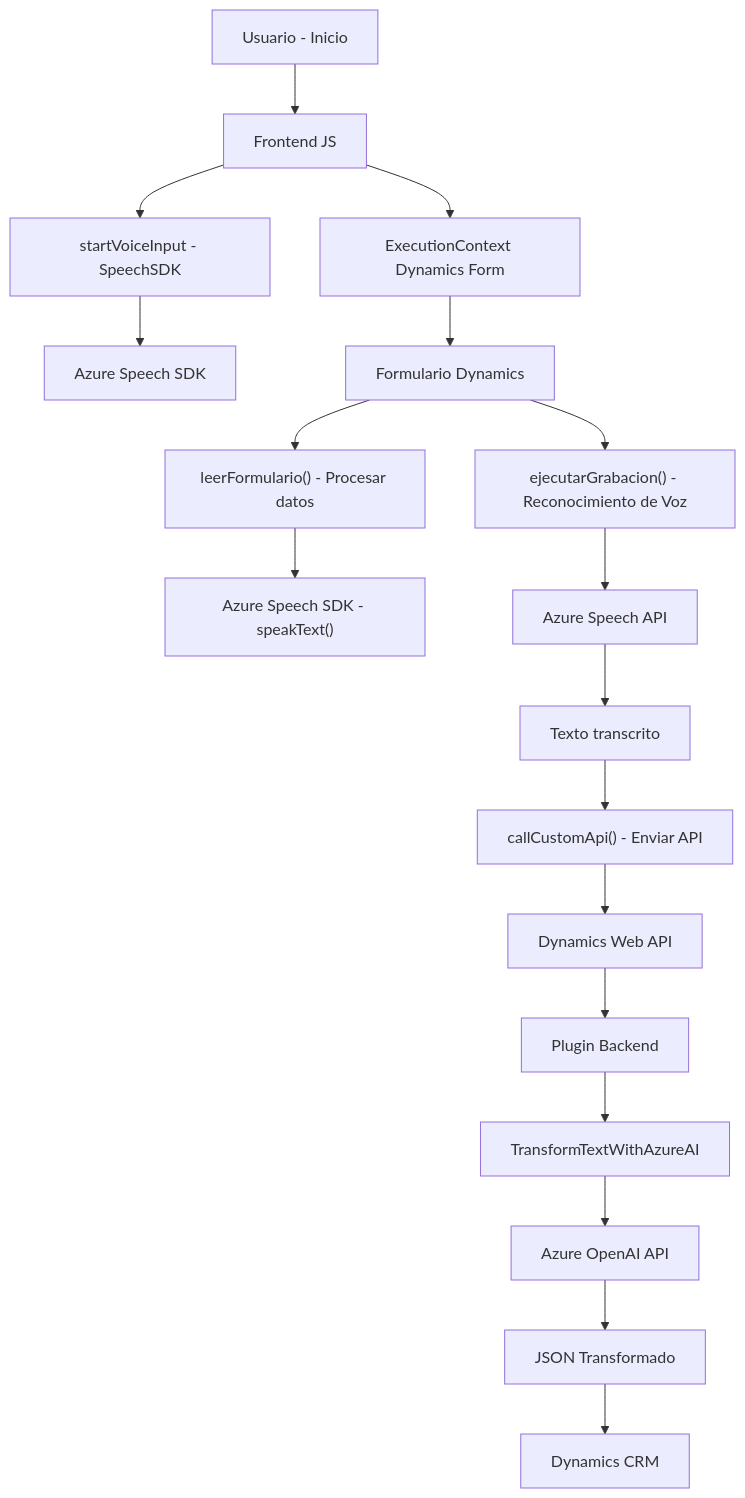
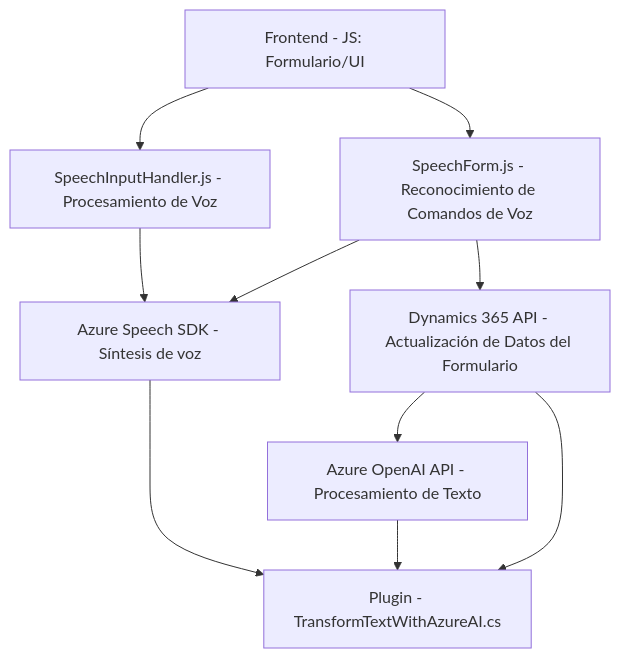
The diagram in README.md (blopezdm/NETCORE_BILBAO2025), drawn with Mermaid before and after one commit. The commit also changed other lines of this file, not shown here.

````diff
--- a/README.md
+++ b/README.md
@@ -51,20 +32,12 @@
 ```mermaid
 graph TD
-    A["Usuario - Inicio"] --> B["Frontend JS"]
-    B --> C["startVoiceInput - SpeechSDK"]
-    B --> D["ExecutionContext Dynamics Form"]
-    C --> E["Azure Speech SDK"]
-    D --> F["Formulario Dynamics"]
-    F --> G["leerFormulario() - Procesar datos"]
-    G --> H["Azure Speech SDK - speakText()"]
-    F --> I["ejecutarGrabacion() - Reconocimiento de Voz"]
-    I --> J["Azure Speech API"]
-    J --> K["Texto transcrito"]
-    K --> L["callCustomApi() - Enviar API"]
-    L --> M["Dynamics Web API"]
-    M --> N["Plugin Backend"]
-    N --> O["TransformTextWithAzureAI"]
-    O --> P["Azure OpenAI API"]
-    P --> Q["JSON Transformado"]
-    Q --> R["Dynamics CRM"]
+    A["Frontend - JS: Formulario/UI"] --> B["SpeechInputHandler.js - Procesamiento de Voz"]
+    A --> C["SpeechForm.js - Reconocimiento de Comandos de Voz"]
+    B --> D["Azure Speech SDK - Síntesis de voz"]
+    C --> D
+    C --> E["Dynamics 365 API - Actualización de Datos del Formulario"]
+    E --> F["Azure OpenAI API - Procesamiento de Texto"]
+    F --> G["Plugin - TransformTextWithAzureAI.cs"]
+    E --> G
+    D --> G
 ```
````
